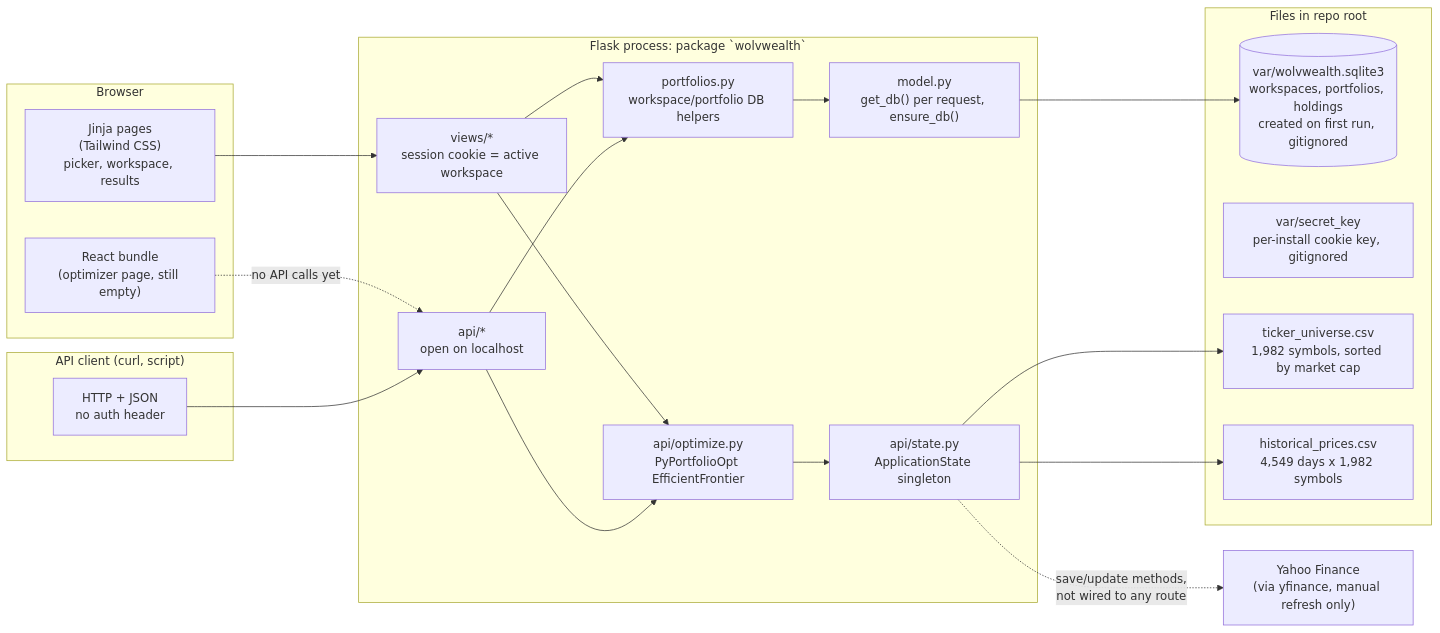
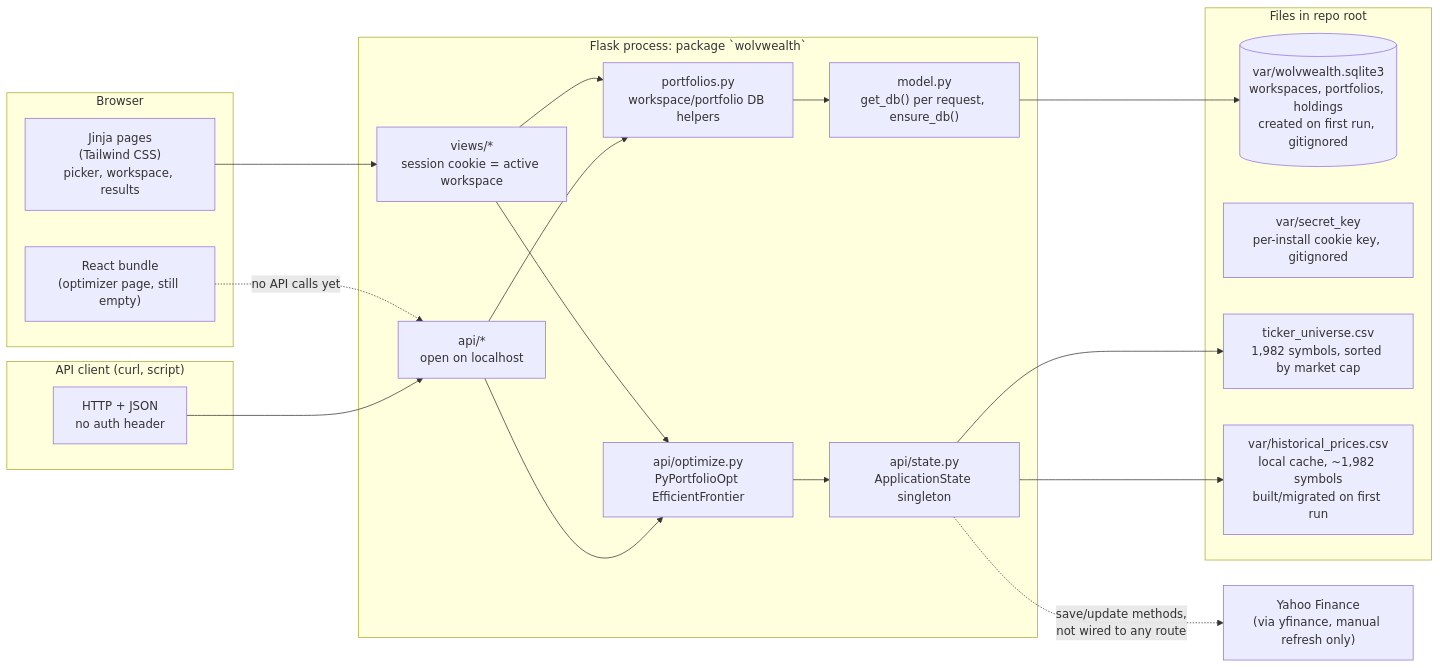
One commit to rramboer/WolvWealth changed the first of 10 diagrams in ARCHITECTURE.md. Above: the diagram before and after it, drawn with Mermaid. The commit also changed other lines of this file and 7 other files, not shown here.

First line of the commit message:
Move price history cache out of git into var/

````diff
--- a/ARCHITECTURE.md
+++ b/ARCHITECTURE.md
@@ -27,43 +27,43 @@
 ```mermaid
 flowchart LR
     subgraph Browser
         HTML["Jinja pages<br/>(Tailwind CSS)<br/>picker, workspace, results"]
         React["React bundle<br/>(optimizer page, still empty)"]
     end
 
     subgraph Client["API client (curl, script)"]
         APIClient["HTTP + JSON<br/>no auth header"]
     end
 
     subgraph Flask["Flask process: package `wolvwealth`"]
         Views["views/*<br/>session cookie = active workspace"]
         API["api/*<br/>open on localhost"]
         Helpers["portfolios.py<br/>workspace/portfolio DB helpers"]
         Model["model.py<br/>get_db() per request, ensure_db()"]
         State["api/state.py<br/>ApplicationState singleton"]
         Opt["api/optimize.py<br/>PyPortfolioOpt EfficientFrontier"]
     end
 
     subgraph Disk["Files in repo root"]
         DB[("var/wolvwealth.sqlite3<br/>workspaces, portfolios, holdings<br/>created on first run, gitignored")]
         Secret["var/secret_key<br/>per-install cookie key, gitignored"]
         Tickers["ticker_universe.csv<br/>1,982 symbols, sorted by market cap"]
-        Prices["historical_prices.csv<br/>4,549 days x 1,982 symbols"]
+        Prices["var/historical_prices.csv<br/>local cache, ~1,982 symbols<br/>built/migrated on first run"]
     end
 
     YF["Yahoo Finance<br/>(via yfinance, manual refresh only)"]
 
     HTML --> Views
     React -. "no API calls yet" .-> API
     APIClient --> API
     Views --> Helpers
     Views --> Opt
     API --> Helpers
     API --> Opt
     Helpers --> Model
     Opt --> State
     Model --> DB
     State --> Tickers
     State --> Prices
     State -. "save/update methods,<br/>not wired to any route" .-> YF
 ```
````
